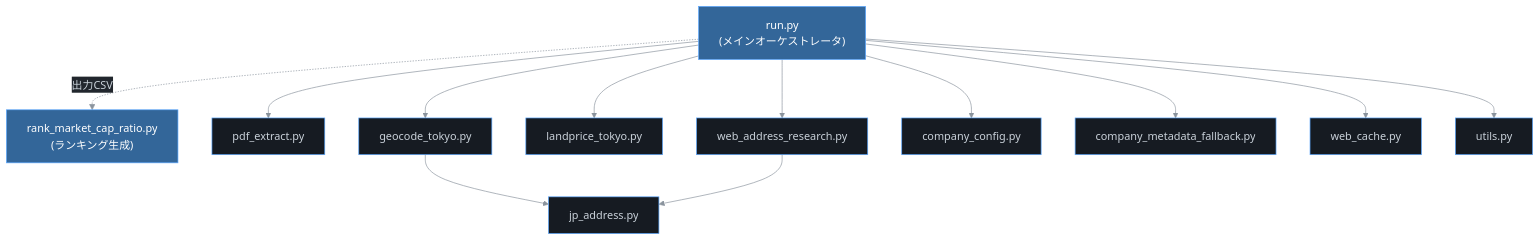
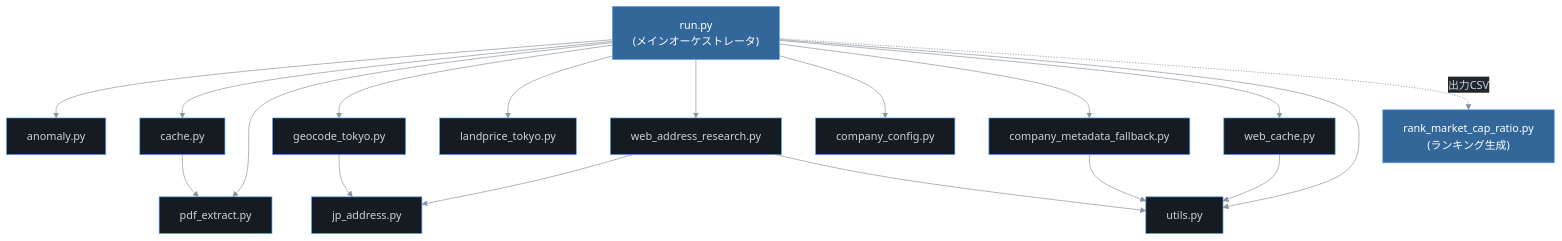
Diagram 12 of 12 in docs/ARCHITECTURE.md (expgolemclone/land_value_research), drawn with Mermaid before and after one commit. The commit also changed other lines of this file and 2 other files, not shown here.

````diff
--- a/docs/ARCHITECTURE.md
+++ b/docs/ARCHITECTURE.md
@@ -691,33 +693,41 @@
 ```mermaid
 %%{init: {"theme":"base","themeVariables":{"background":"#0d1117","primaryColor":"#161b22","primaryTextColor":"#c9d1d9","primaryBorderColor":"#58a6ff","secondaryColor":"#21262d","tertiaryColor":"#30363d","lineColor":"#8b949e","clusterBkg":"#0d1117","clusterBorder":"#30363d"}}}%%
 graph TD
     RUN["run.py<br>(メインオーケストレータ)"]
     RANK["rank_market_cap_ratio.py<br>(ランキング生成)"]
 
+    ANO["anomaly.py"]
+    CAC["cache.py"]
     PDF["pdf_extract.py"]
     GEO["geocode_tokyo.py"]
     LP["landprice_tokyo.py"]
     WAR["web_address_research.py"]
     JPA["jp_address.py"]
     CC["company_config.py"]
     CMF["company_metadata_fallback.py"]
     WC["web_cache.py"]
     UTL["utils.py"]
 
+    RUN --> ANO
+    RUN --> CAC
     RUN --> PDF
     RUN --> GEO
     RUN --> LP
     RUN --> WAR
     RUN --> CC
     RUN --> CMF
     RUN --> WC
     RUN --> UTL
 
+    CAC --> PDF
     GEO --> JPA
     WAR --> JPA
+    WAR --> UTL
+    WC --> UTL
+    CMF --> UTL
 
     RUN -.->|"出力CSV"| RANK
 
     style RUN fill:#369,color:#fff
     style RANK fill:#369,color:#fff
 ```
````
